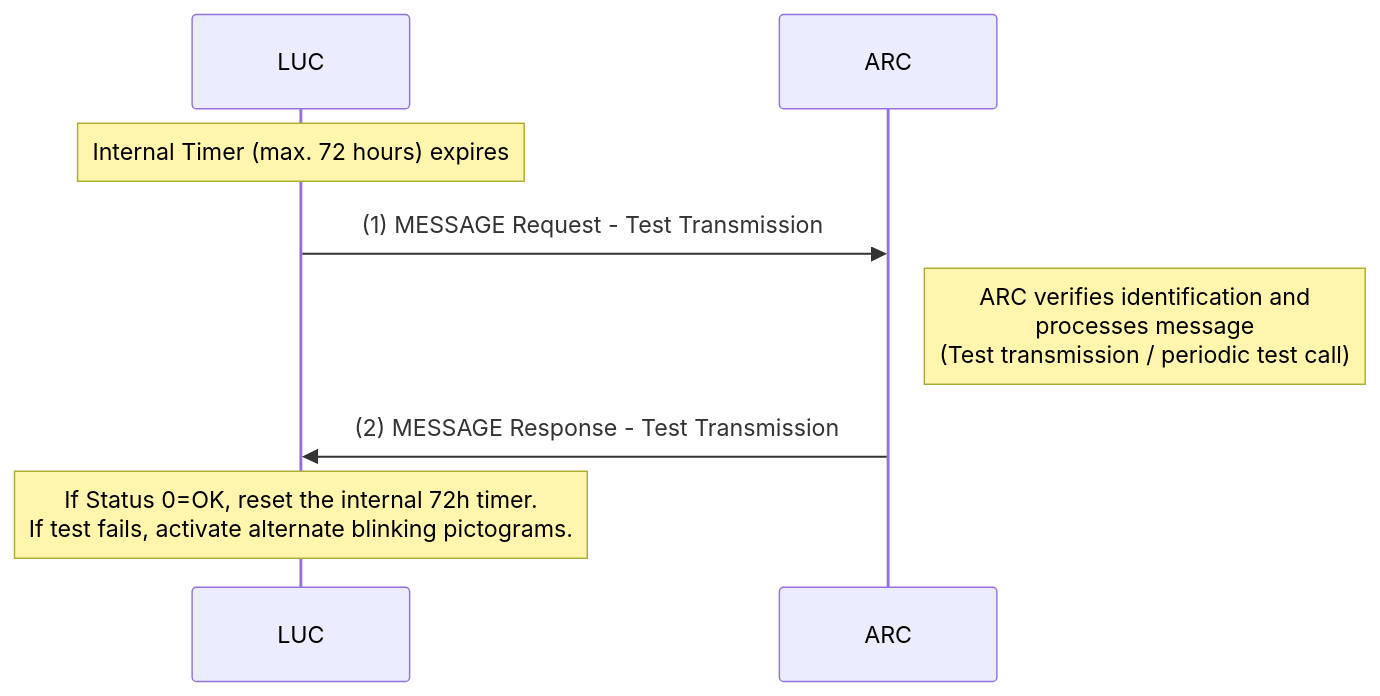
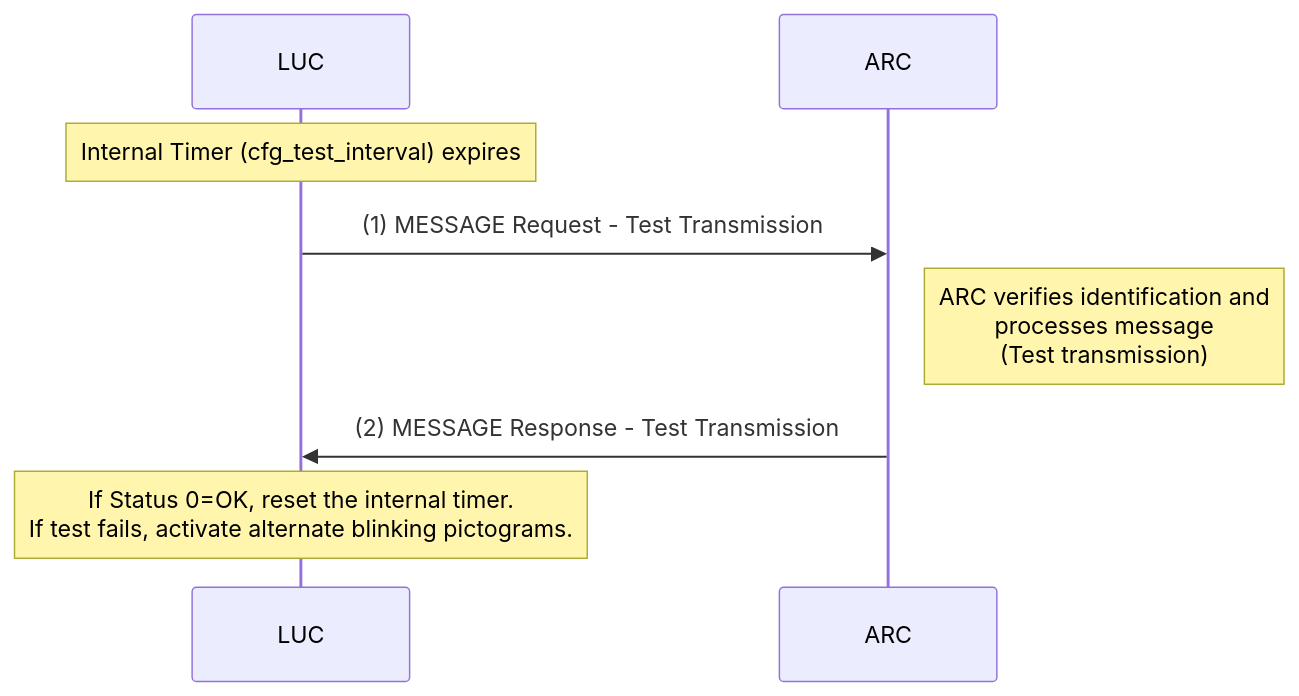
One commit to Telegartner-Elektronik/LACS-Protocol changed the third of 9 diagrams in LACS.md. Above: the diagram before and after it, drawn with Mermaid. The commit also changed other lines of this file, not shown here.

````diff
--- a/LACS.md
+++ b/LACS.md
@@ -609,16 +636,16 @@
 ```mermaid
 sequenceDiagram
     participant LUC
     participant ARC
 
-    Note over LUC: Internal Timer (max. 72 hours) expires
+    Note over LUC: Internal Timer (cfg_test_interval) expires
 
     LUC->>ARC: (1) MESSAGE Request - Test Transmission
-    Note right of ARC: ARC verifies identification and<br>processes message<br>(Test transmission / periodic test call)
+    Note right of ARC: ARC verifies identification and<br>processes message<br>(Test transmission)
 
     ARC->>LUC: (2) MESSAGE Response - Test Transmission
 
 
-    Note over LUC: If Status 0=OK, reset the internal 72h timer.<br>If test fails, activate alternate blinking pictograms.
+    Note over LUC: If Status 0=OK, reset the internal timer.<br>If test fails, activate alternate blinking pictograms.
 
 ```
````
